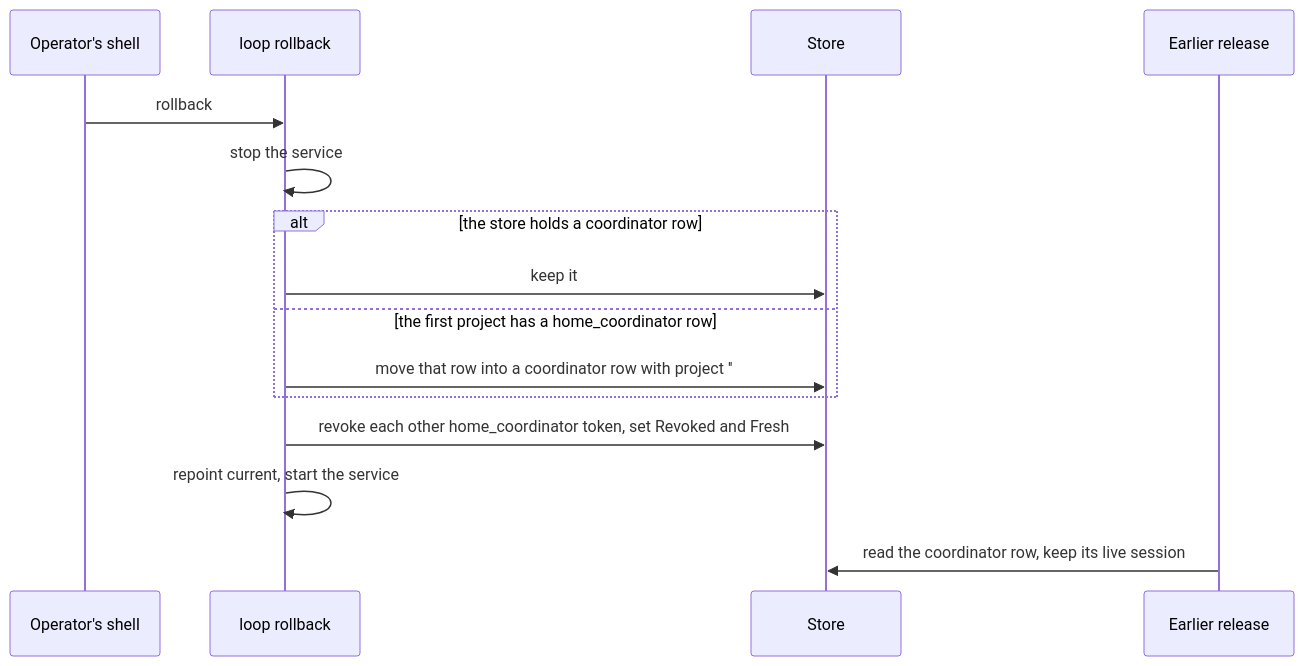
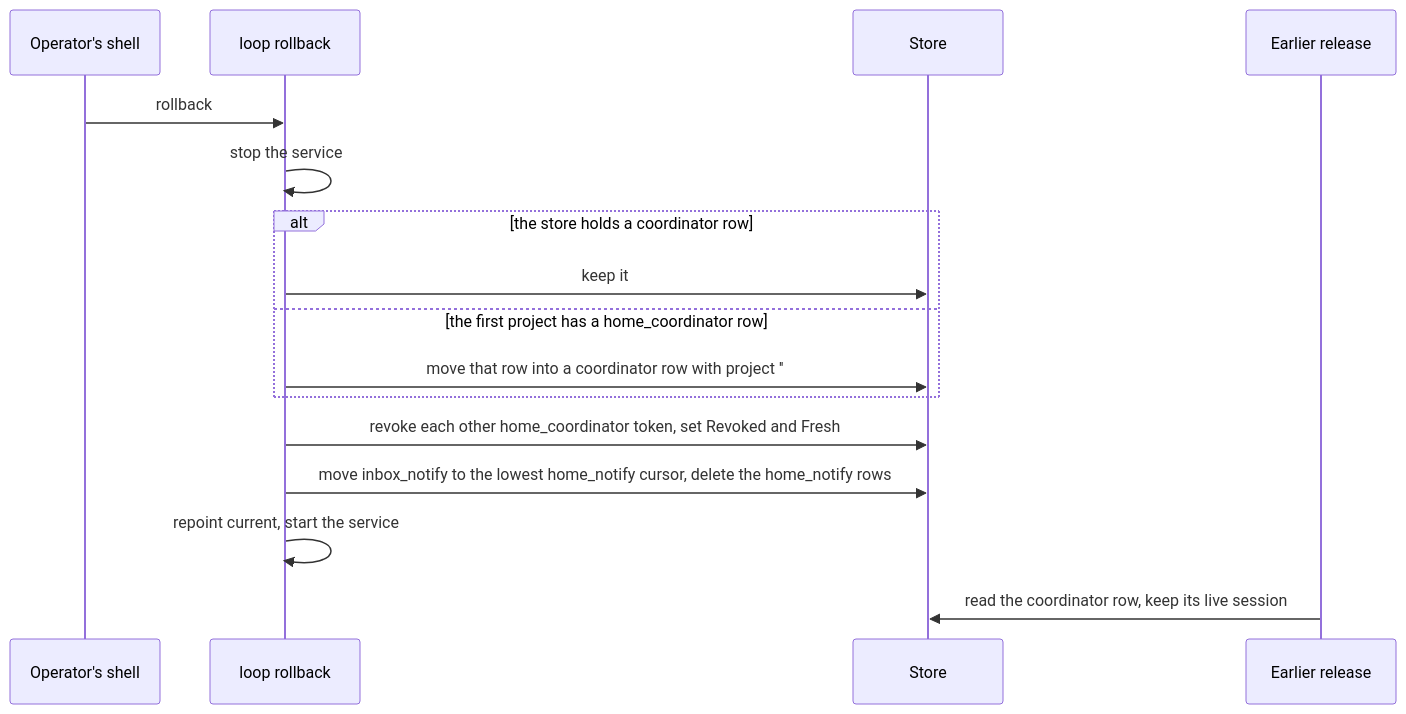
Before and after one commit to iantanwx/factory: the sixth of 6 diagrams in docs/specs/factorio-1edo-project-home-coordinators-spec.md, drawn with Mermaid. The commit also changed other lines of this file, not shown here.

````diff
--- a/docs/specs/factorio-1edo-project-home-coordinators-spec.md
+++ b/docs/specs/factorio-1edo-project-home-coordinators-spec.md
@@ -849,17 +893,18 @@
 ```mermaid
 sequenceDiagram
     participant O as Operator's shell
     participant R as loop rollback
     participant S as Store
     participant E as Earlier release
     O->>R: rollback
     R->>R: stop the service
     alt the store holds a coordinator row
         R->>S: keep it
     else the first project has a home_coordinator row
         R->>S: move that row into a coordinator row with project ''
     end
     R->>S: revoke each other home_coordinator token, set Revoked and Fresh
+    R->>S: move inbox_notify to the lowest home_notify cursor, delete the home_notify rows
     R->>R: repoint current, start the service
     E->>S: read the coordinator row, keep its live session
 ```
````
